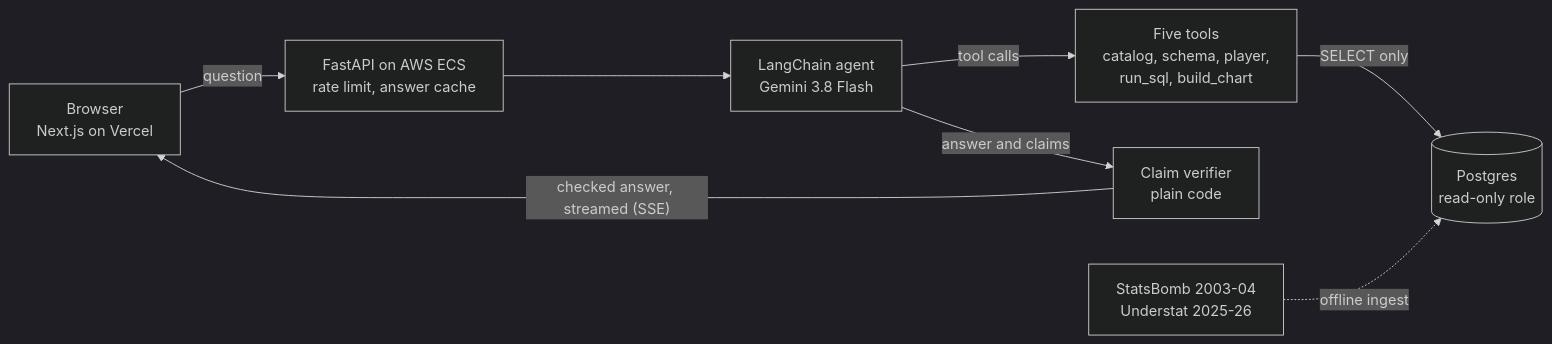
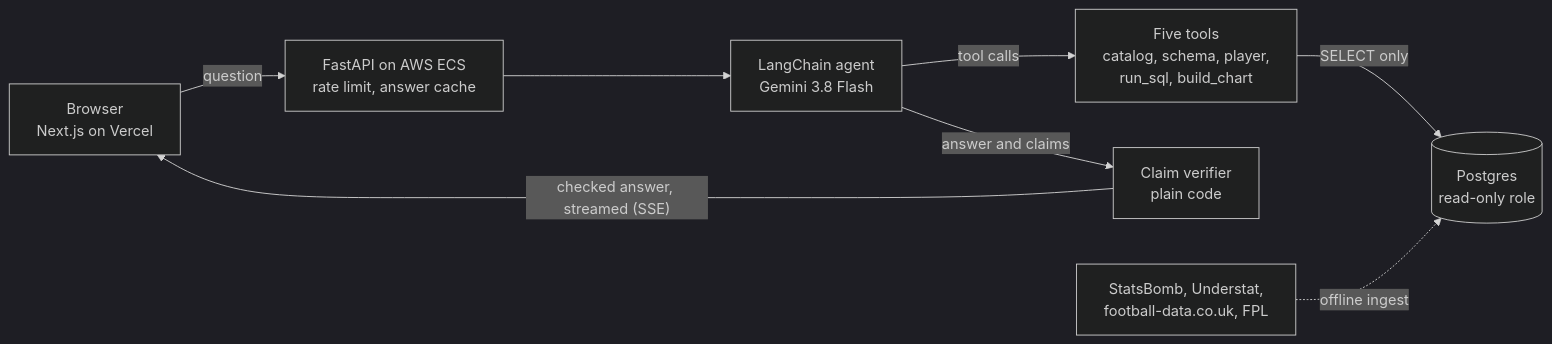
Before and after one commit to arkaslittlemind/Highbury: the diagram in README.md, drawn with Mermaid (dark theme). The commit also changed other lines of this file and 2 other files, not shown here.

````diff
--- a/README.md
+++ b/README.md
@@ -62,10 +62,10 @@
 ```mermaid
 flowchart LR
     B["Browser<br/>Next.js on Vercel"] -- question --> API["FastAPI on AWS ECS<br/>rate limit, answer cache"]
     API --> A["LangChain agent<br/>Gemini 3.8 Flash"]
     A -- tool calls --> T["Five tools<br/>catalog, schema, player,<br/>run_sql, build_chart"]
     T -- "SELECT only" --> DB[("Postgres<br/>read-only role")]
     A -- answer and claims --> V["Claim verifier<br/>plain code"]
     V -- "checked answer, streamed (SSE)" --> B
-    S["StatsBomb 2003-04<br/>Understat 2025-26"] -. offline ingest .-> DB
+    S["StatsBomb, Understat,<br/>football-data.co.uk, FPL"] -. offline ingest .-> DB
 ```
````
